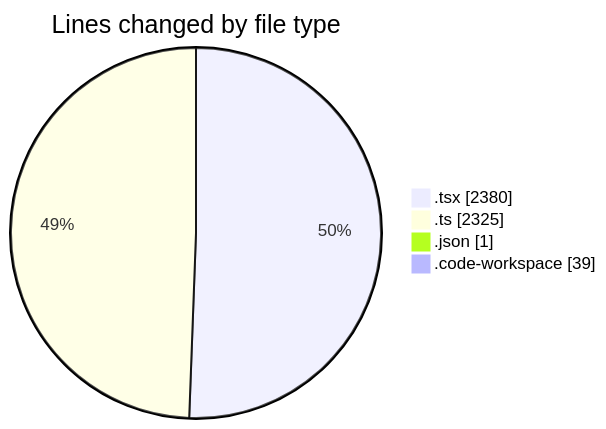
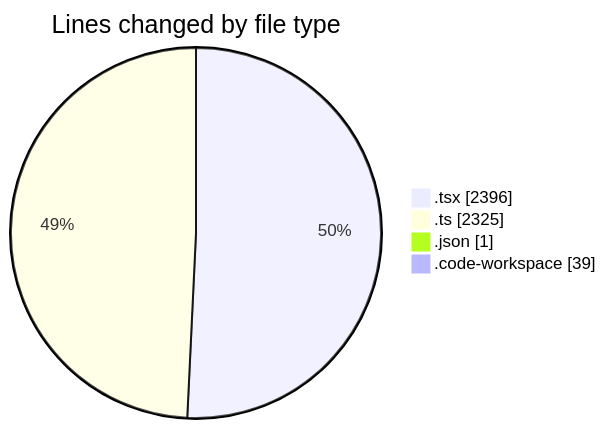
One commit to julien-gomy/code-tracking changed the first of 2 diagrams in 2025-10-08/eventscop-frontend-guide__workspace_/README.md. Above: the diagram before and after it, drawn with Mermaid. The commit also changed other lines of this file and 1 other file, not shown here.

````diff
--- a/2025-10-08/eventscop-frontend-guide__workspace_/README.md
+++ b/2025-10-08/eventscop-frontend-guide__workspace_/README.md
@@ -37,8 +37,8 @@
 ```mermaid
 pie showData
 title Lines changed by file type
-".tsx" : 2380
+".tsx" : 2396
 ".ts" : 2325
 ".json" : 1
 ".code-workspace" : 39
 ```
````
